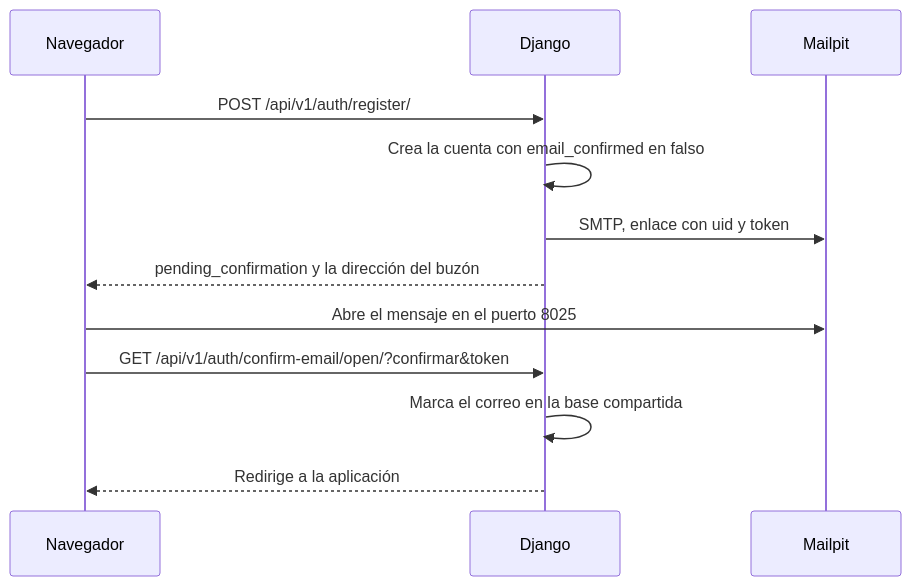
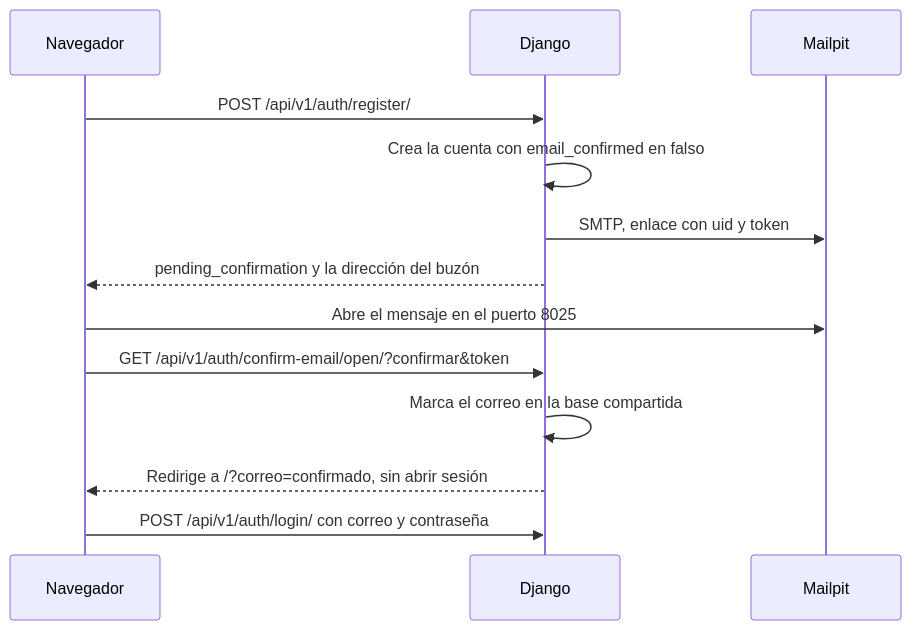
The second of 5 diagrams in docs/arquitectura.md (roque-code/FCDesign_client_server), drawn with Mermaid before and after one commit. The commit also changed other lines of this file and 29 other files, not shown here.

````diff
--- a/docs/arquitectura.md
+++ b/docs/arquitectura.md
@@ -234,15 +238,16 @@
 ```mermaid
 sequenceDiagram
     participant U as Navegador
     participant W as Django
     participant M as Mailpit
 
     U->>W: POST /api/v1/auth/register/
     W->>W: Crea la cuenta con email_confirmed en falso
     W->>M: SMTP, enlace con uid y token
     W-->>U: pending_confirmation y la dirección del buzón
     U->>M: Abre el mensaje en el puerto 8025
     U->>W: GET /api/v1/auth/confirm-email/open/?confirmar&token
     W->>W: Marca el correo en la base compartida
-    W-->>U: Redirige a la aplicación
+    W-->>U: Redirige a /?correo=confirmado, sin abrir sesión
+    U->>W: POST /api/v1/auth/login/ con correo y contraseña
 ```
````
